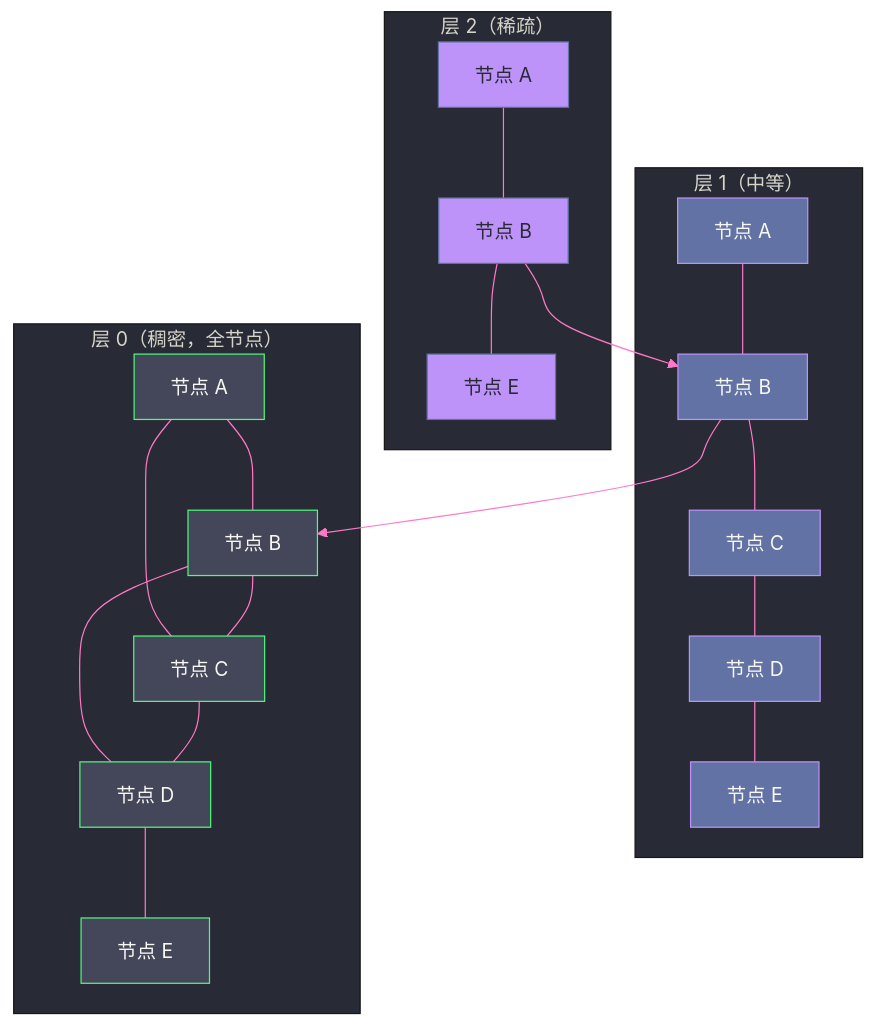
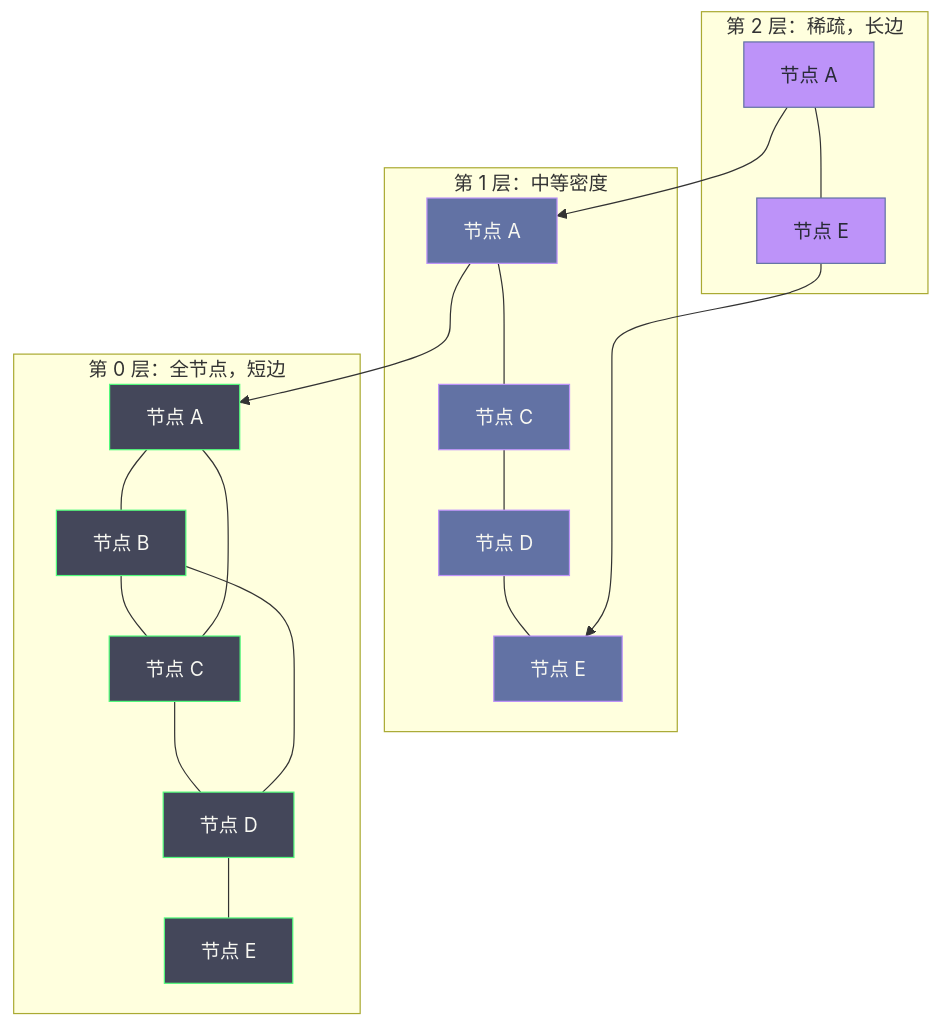
The fourth of 5 diagrams in content/中间件/Elasticsearch/04 查询与相关性评分——BM25 与向量检索.md (hpliStartAgain/my-brain), drawn with Mermaid before and after one commit. The commit also changed other lines of this file and 455 other files, not shown here.

````diff
--- a/content/中间件/Elasticsearch/04 查询与相关性评分——BM25 与向量检索.md
+++ b/content/中间件/Elasticsearch/04 查询与相关性评分——BM25 与向量检索.md
@@ -321,31 +477,30 @@
 ```mermaid
-%%{init: {'theme': 'base', 'themeVariables': {'primaryColor': '#6272a4', 'primaryTextColor': '#f8f8f2', 'primaryBorderColor': '#bd93f9', 'lineColor': '#ff79c6', 'secondaryColor': '#44475a', 'tertiaryColor': '#282a36'}}}%%
-graph TD
-    subgraph "层 2（稀疏）"
-        A2["节点 A"] --- B2["节点 B"]
-        B2 --- E2["节点 E"]
+%%{init: {'theme': 'dracula'}}%%
+flowchart TD
+    subgraph L2["第 2 层：稀疏，长边"]
+        A2["节点 A"] --- E2["节点 E"]
     end
-    subgraph "层 1（中等）"
-        A1["节点 A"] --- B1["节点 B"]
-        B1 --- C1["节点 C"]
+    subgraph L1["第 1 层：中等密度"]
+        A1["节点 A"] --- C1["节点 C"]
         C1 --- D1["节点 D"]
         D1 --- E1["节点 E"]
     end
-    subgraph "层 0（稠密，全节点）"
+    subgraph L0["第 0 层：全节点，短边"]
         A0["节点 A"] --- B0["节点 B"]
         B0 --- C0["节点 C"]
         C0 --- D0["节点 D"]
         D0 --- E0["节点 E"]
         A0 --- C0
         B0 --- D0
     end
-    B2 --> B1
-    B1 --> B0
+    A2 --> A1
+    A1 --> A0
+    E2 --> E1
 
-    classDef layer2 fill:#bd93f9,stroke:#6272a4,color:#282a36
-    classDef layer1 fill:#6272a4,stroke:#bd93f9,color:#f8f8f2
-    classDef layer0 fill:#44475a,stroke:#50fa7b,color:#f8f8f2
-    class A2,B2,E2 layer2
-    class A1,B1,C1,D1,E1 layer1
-    class A0,B0,C0,D0,E0 layer0
+    classDef hi fill:#bd93f9,stroke:#6272a4,color:#282a36
+    classDef mid fill:#6272a4,stroke:#bd93f9,color:#f8f8f2
+    classDef lo fill:#44475a,stroke:#50fa7b,color:#f8f8f2
+    class A2,E2 hi
+    class A1,C1,D1,E1 mid
+    class A0,B0,C0,D0,E0 lo
 ```
````
